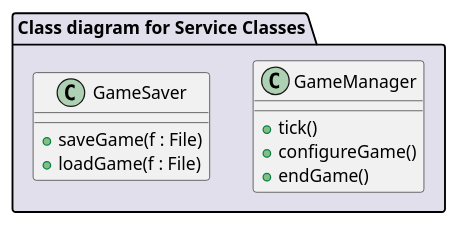
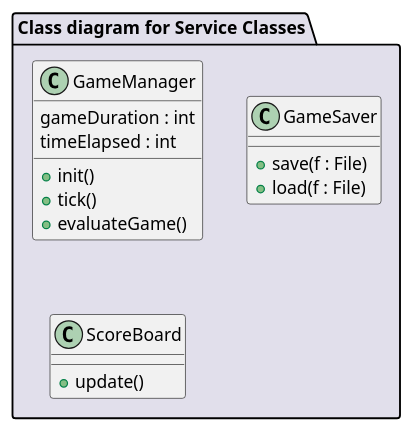
The diagram in diagrams/diagramFiles/CD_GameManager.puml (Harcipan/Projlab_nullpointerexception), drawn with PlantUML before and after one commit. The commit also changed 9 other files, not shown here.

Commit message:
extended the diagram, made it more consistent

```diff
--- a/diagrams/diagramFiles/CD_GameManager.puml
+++ b/diagrams/diagramFiles/CD_GameManager.puml
@@ -1,18 +1,23 @@
 @startuml
 
 package "Class diagram for Service Classes" #E1DFEB {
 
     class GameManager {
+        gameDuration : int
+        timeElapsed : int
+        + init()
         + tick()
-        + configureGame()
-        + endGame()
+        + evaluateGame()
     }
 
     class GameSaver {
-        + saveGame(f : File)
-        + loadGame(f : File)
+        + save(f : File)
+        + load(f : File)
     }
 
+    class ScoreBoard {
+        + update()
+    }
 }
 
 @enduml
```
